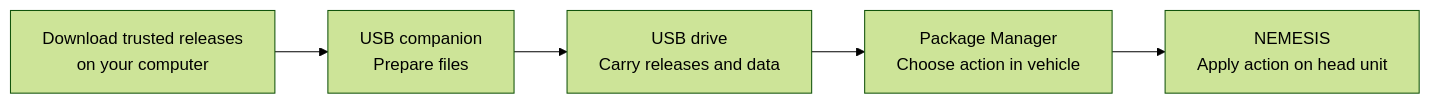
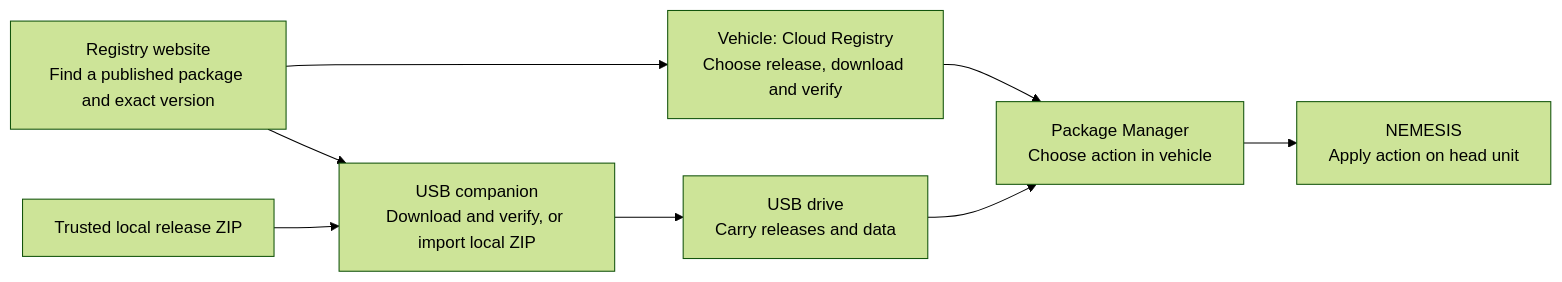
Before and after one commit to hmason55/nemesis-package-manager: the first of 10 diagrams in docs/WORKFLOW-REFERENCE.md, drawn with Mermaid (forest theme). The commit also changed other lines of this file and 47 other files, not shown here.

````diff
--- a/docs/WORKFLOW-REFERENCE.md
+++ b/docs/WORKFLOW-REFERENCE.md
@@ -9,7 +9,10 @@
 ```mermaid
 flowchart LR
-    releases["Download trusted releases<br/>on your computer"] --> companion["USB companion<br/>Prepare files"]
+    registry["Registry website<br/>Find a published package and exact version"] --> companion["USB companion<br/>Download and verify, or import local ZIP"]
+    local["Trusted local release ZIP"] --> companion
+    registry --> cloud["Vehicle: Cloud Registry<br/>Choose release, download and verify"]
+    cloud --> manager
     companion --> usb["USB drive<br/>Carry releases and data"]
     usb --> manager["Package Manager<br/>Choose action in vehicle"]
     manager --> nemesis["NEMESIS<br/>Apply action on head unit"]
 ```
````
